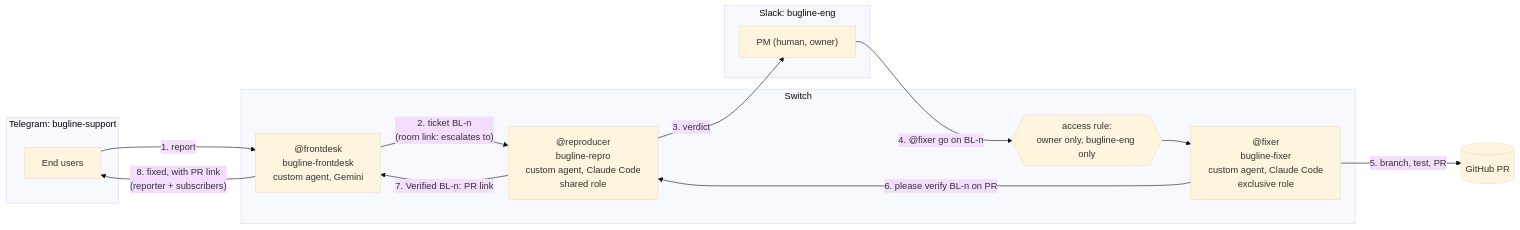
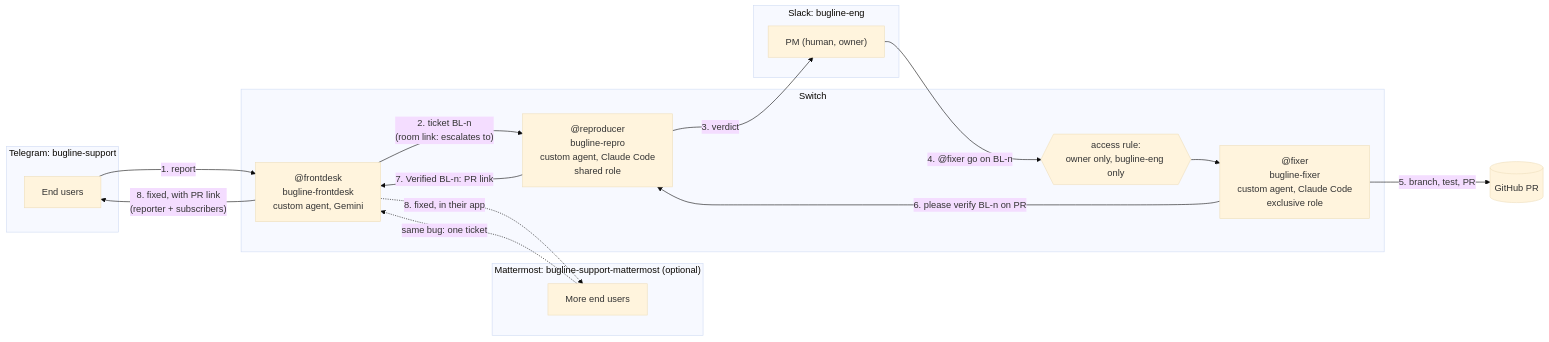
Before and after one commit to Ishaan2053/bugline: the diagram in README.md, drawn with Mermaid (base theme). The commit also changed other lines of this file and 3 other files, not shown here.

````diff
--- a/README.md
+++ b/README.md
@@ -42,26 +42,31 @@
 ```mermaid
 flowchart LR
     subgraph TG["Telegram: bugline-support"]
         U["End users"]
+    end
+    subgraph MM["Mattermost: bugline-support-mattermost (optional)"]
+        U2["More end users"]
     end
     subgraph SW["Switch"]
         FD["@frontdesk<br/>bugline-frontdesk<br/>custom agent, Gemini"]
         R["@reproducer<br/>bugline-repro<br/>custom agent, Claude Code<br/>shared role"]
         F["@fixer<br/>bugline-fixer<br/>custom agent, Claude Code<br/>exclusive role"]
         GATE{{"access rule:<br/>owner only, bugline-eng only"}}
     end
     subgraph SL["Slack: bugline-eng"]
         PM["PM (human, owner)"]
     end
     GH[("GitHub PR")]
 
     U -- "1. report" --> FD
+    U2 -. "same bug: one ticket" .-> FD
     FD -- "2. ticket BL-n<br/>(room link: escalates to)" --> R
     R -- "3. verdict" --> PM
     PM -- "4. @fixer go on BL-n" --> GATE
     GATE --> F
     F -- "5. branch, test, PR" --> GH
     F -- "6. please verify BL-n on PR" --> R
     R -- "7. Verified BL-n: PR link" --> FD
     FD -- "8. fixed, with PR link<br/>(reporter + subscribers)" --> U
+    FD -. "8. fixed, in their app" .-> U2
 ```
````
